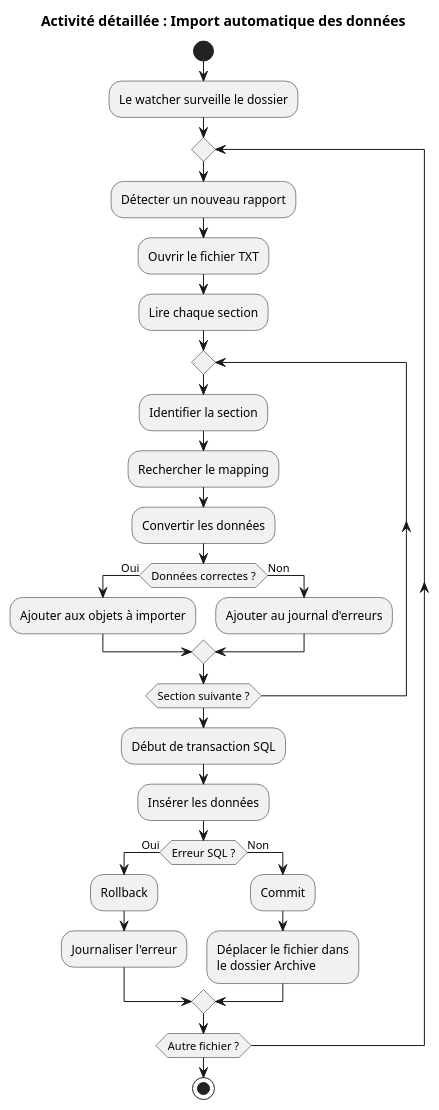
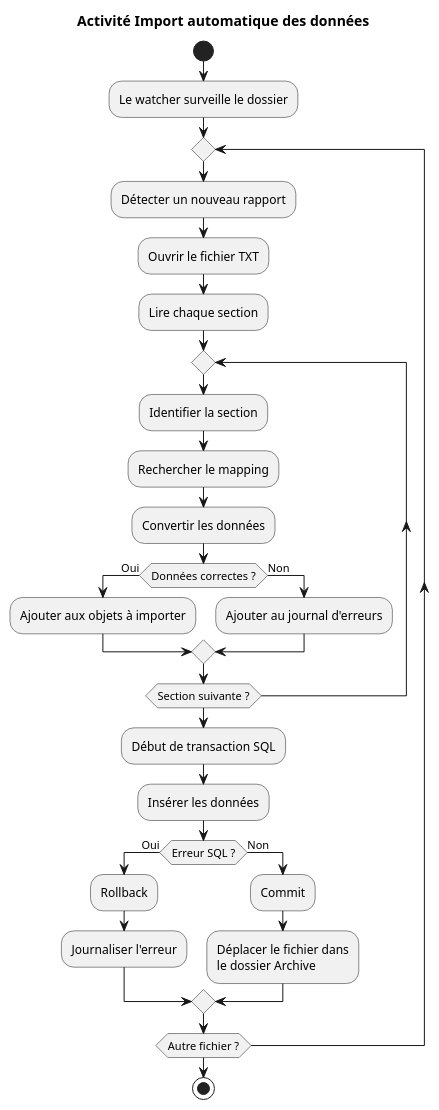
One commit to ratsimandresyy/GPI_Artec changed the diagram in Plans_de_conception_du_GPI/Activity/actvity_proto_1.puml. Above: the diagram before and after it, drawn with PlantUML. The commit also changed 2 other files, not shown here.

Commit message:
Modification 4 : ajout diagramme d'activité pov utilisateur et admin

```diff
--- a/Plans_de_conception_du_GPI/Activity/actvity_proto_1.puml
+++ b/Plans_de_conception_du_GPI/Activity/actvity_proto_1.puml
@@ -1,60 +1,60 @@
 @startuml convertion_complet
 
-title Activité détaillée : Import automatique des données
+title Activité Import automatique des données
 
 start
 
 :Le watcher surveille le dossier;
 
 repeat
 
     :Détecter un nouveau rapport;
 
     :Ouvrir le fichier TXT;
 
     :Lire chaque section;
 
     repeat
 
         :Identifier la section;
 
         :Rechercher le mapping;
 
         :Convertir les données;
 
         if (Données correctes ?) then (Oui)
 
             :Ajouter aux objets à importer;
 
         else (Non)
 
             :Ajouter au journal d'erreurs;
 
         endif
 
     repeat while (Section suivante ?)
 
     :Début de transaction SQL;
 
     :Insérer les données;
 
     if (Erreur SQL ?) then (Oui)
 
         :Rollback;
 
         :Journaliser l'erreur;
 
     else (Non)
 
         :Commit;
 
         :Déplacer le fichier dans
         le dossier Archive;
 
     endif
 
 repeat while (Autre fichier ?)
 
 stop
 
 @enduml
```
